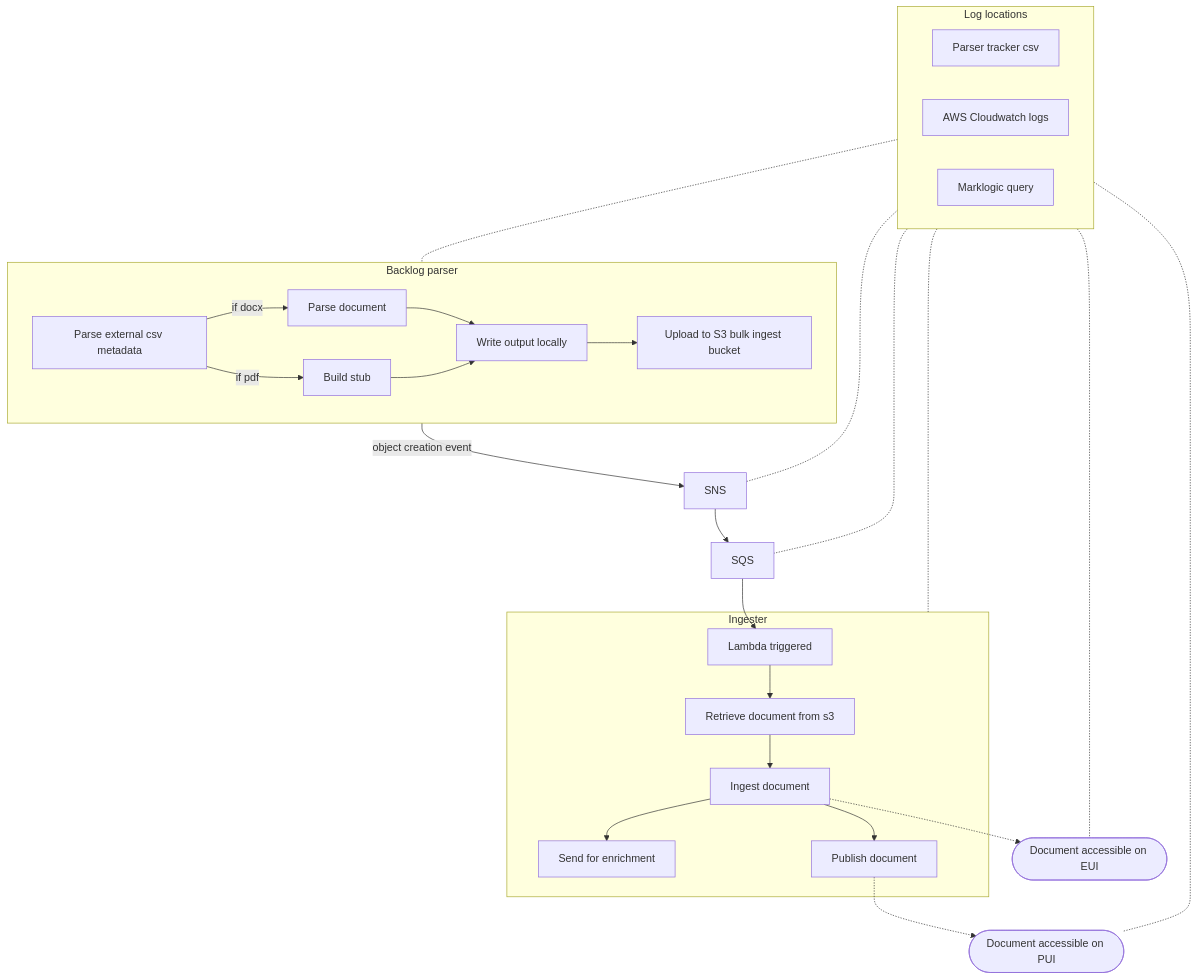
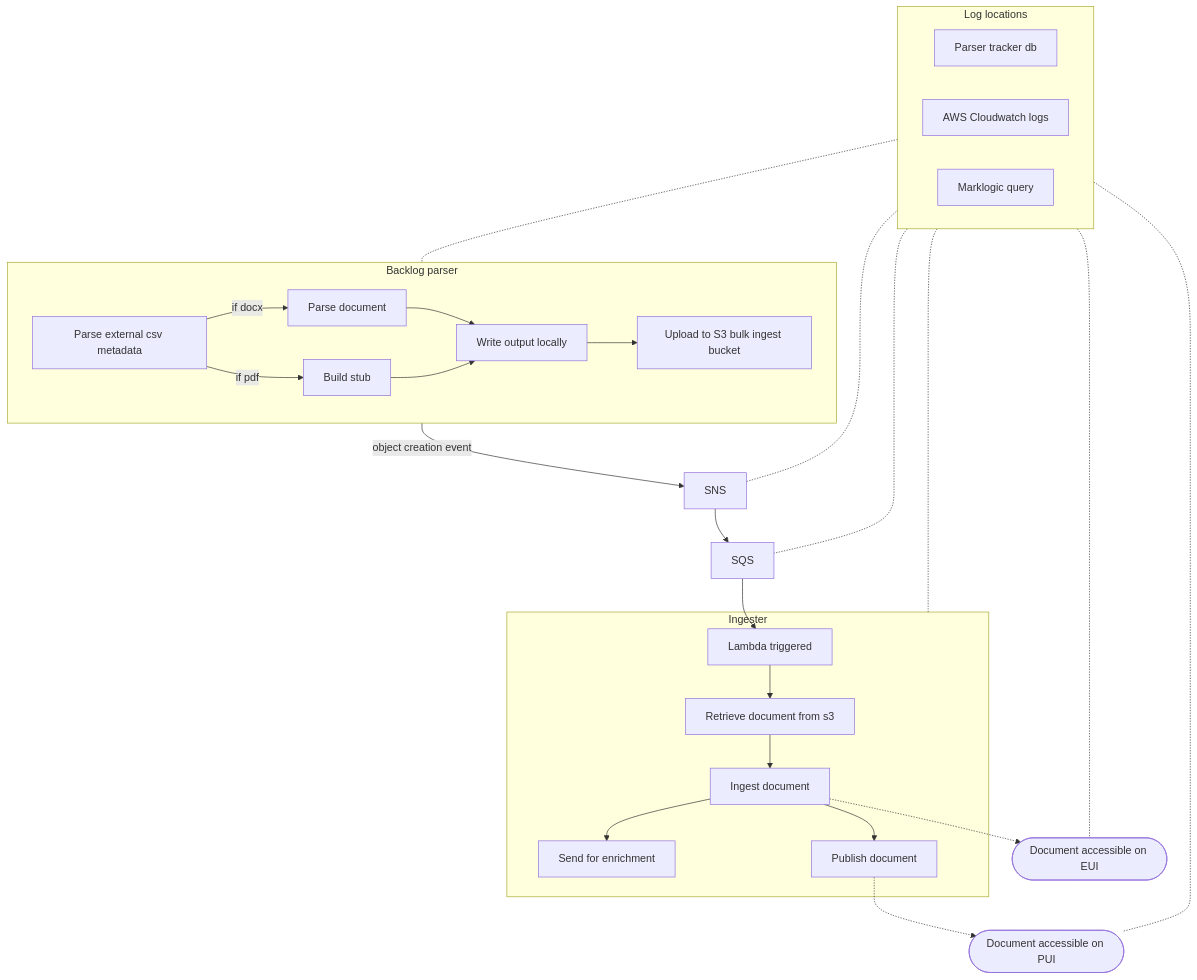
One commit to nationalarchives/tna-judgments-parser changed the first of 2 diagrams in backlog/docs/bulk-upload-process.md. Above: the diagram before and after it, drawn with Mermaid. The commit also changed other lines of this file and 1 other file, not shown here.

Commit message:
docs(backlog): update documentation to reflect migration from tracker CSV to tracker database

````diff
--- a/backlog/docs/bulk-upload-process.md
+++ b/backlog/docs/bulk-upload-process.md
@@ -29,46 +29,46 @@
   ```mermaid
   graph TD
 
     subgraph Log locations
       direction LR  
-      tracker[Parser tracker csv]
+      tracker[Parser tracker db]
       cloudwatch[AWS Cloudwatch logs]
       marklogic[Marklogic query]
     end
     tracker -.- backlog_Parser 
     subgraph backlog_Parser [Backlog parser]
       parse_csv[Parse external csv metadata]
       parse_doc[Parse document]
       build_stub[Build stub]
       write_output[Write output locally]
       upload_to_s3[Upload to S3 bulk ingest bucket]
       
       parse_csv -- if docx --> parse_doc
       parse_csv -- if pdf --> build_stub
 
       parse_doc & build_stub --> write_output --> upload_to_s3
     end
 
     cloudwatch -.- sns_topic[SNS] & sqs_queue[SQS]
     backlog_Parser -- object creation event --> sns_topic
     sns_topic --> sqs_queue
     sqs_queue --> lambda_triggered
 
     cloudwatch -.- Ingester
     subgraph Ingester [Ingester]
       lambda_triggered[Lambda triggered]
       retrieve_doc[Retrieve document from s3]
       ingest_doc[Ingest document]
       enrich_doc[Send for enrichment]
       publish_doc[Publish document]
 
       lambda_triggered --> retrieve_doc
       retrieve_doc --> ingest_doc
       ingest_doc --> publish_doc & enrich_doc
       publish_doc
     end
 
     ingest_doc -.-> eui([Document accessible on EUI])
     publish_doc -.-> pui([Document accessible on PUI])
     marklogic -.- eui & pui
   ```
````
